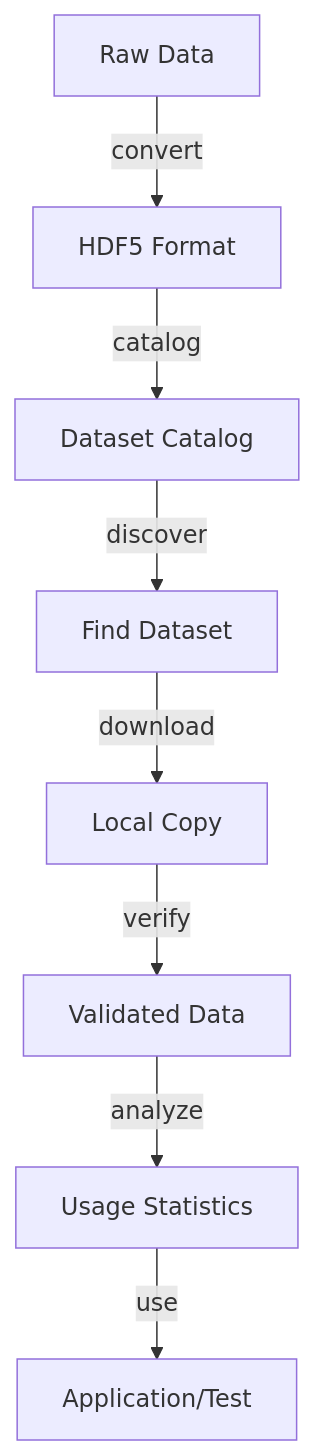
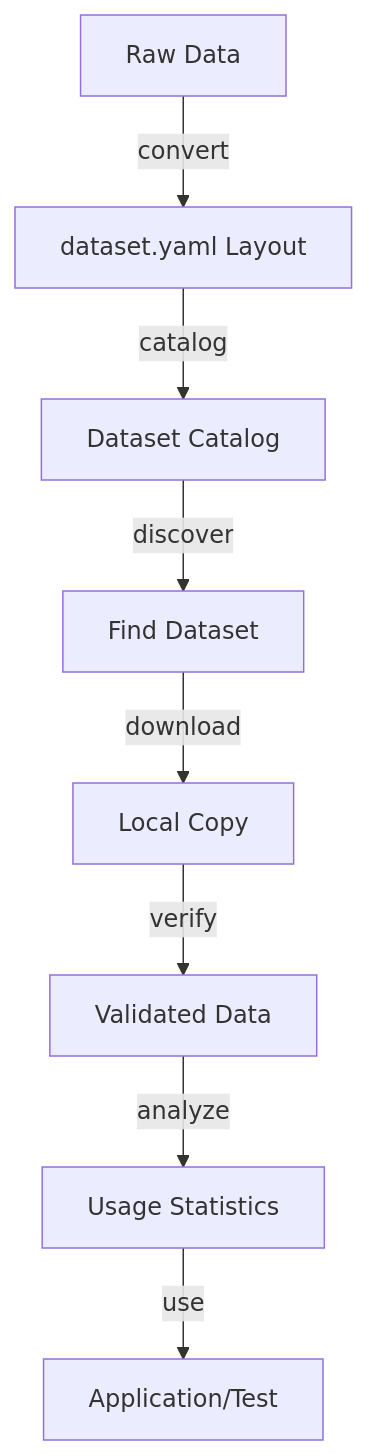
The diagram in docs/user_manual/05-working-with-datasets.md (nosqlbench/nbdatatools), drawn with Mermaid before and after one commit. The commit also changed other lines of this file and 189 other files, not shown here.

````diff
--- a/docs/user_manual/05-working-with-datasets.md
+++ b/docs/user_manual/05-working-with-datasets.md
@@ -7,10 +7,10 @@
 ```mermaid
 graph TD
-    A[Raw Data] -->|convert| B[HDF5 Format]
+    A[Raw Data] -->|convert| B[dataset.yaml Layout]
     B -->|catalog| C[Dataset Catalog]
     C -->|discover| D[Find Dataset]
     D -->|download| E[Local Copy]
     E -->|verify| F[Validated Data]
     F -->|analyze| G[Usage Statistics]
     G -->|use| H[Application/Test]
 ```
````
